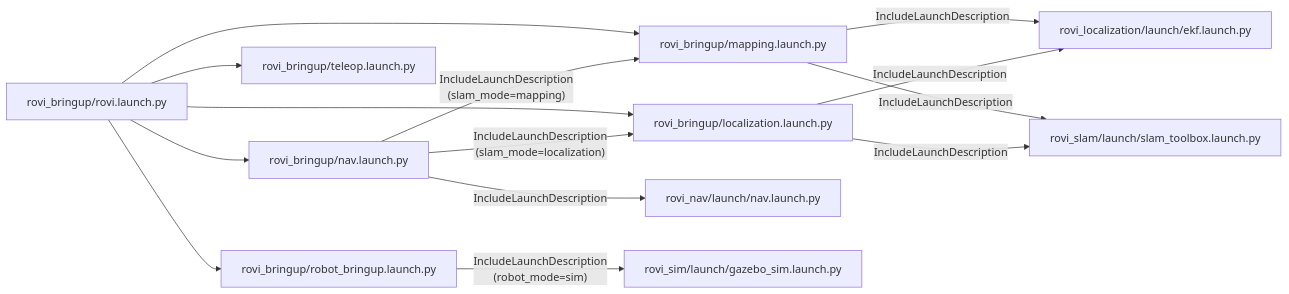
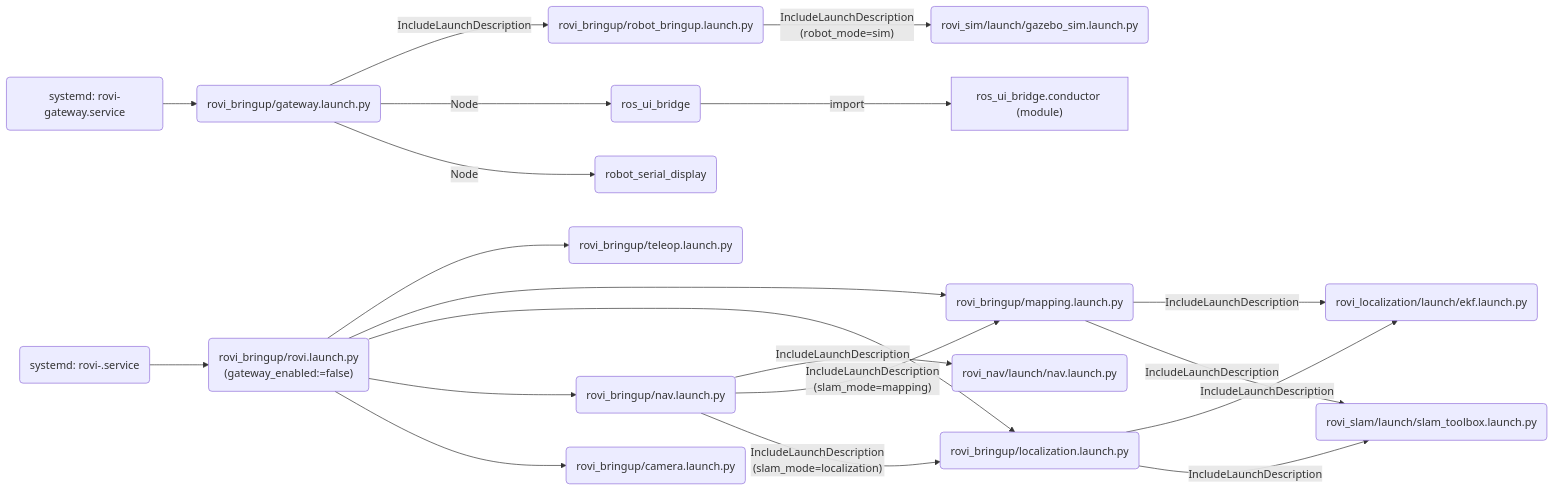
Diagram 12 of 13 in docs/diagrams.md (Roblibs/rovi_ros_ws), drawn with Mermaid before and after one commit. The commit also changed other lines of this file and 23 other files, not shown here.

````diff
--- a/docs/diagrams.md
+++ b/docs/diagrams.md
@@ -415,27 +419,43 @@
 ```mermaid
 flowchart LR
-  Rovi["rovi_bringup/rovi.launch.py"]
-  RobotBringup["rovi_bringup/robot_bringup.launch.py"]
+  UnitCore("systemd: rovi-gateway.service")
+  UnitStack("systemd: rovi-<stack>.service")
 
-  Rovi --> RobotBringup
-  Rovi --> Teleop["rovi_bringup/teleop.launch.py"]
-  Rovi --> Mapping["rovi_bringup/mapping.launch.py"]
-  Rovi --> Localization["rovi_bringup/localization.launch.py"]
-  Rovi --> NavLaunch["rovi_bringup/nav.launch.py"]
+  CoreLaunch("rovi_bringup/gateway.launch.py")
+  StackLaunch("rovi_bringup/rovi.launch.py<br/>(gateway_enabled:=false)")
+  RobotBringup("rovi_bringup/robot_bringup.launch.py")
 
-  EkfLaunch["rovi_localization/launch/ekf.launch.py"]
-  SlamLaunch["rovi_slam/launch/slam_toolbox.launch.py"]
-  NavStackLaunch["rovi_nav/launch/nav.launch.py"]
+  NodeUiBridge("ros_ui_bridge")
+  NodeDisplay("robot_serial_display")
+  LibConductor["ros_ui_bridge.conductor (module)"]
+
+  UnitCore --> CoreLaunch
+  UnitStack --> StackLaunch
+
+  CoreLaunch -->|IncludeLaunchDescription| RobotBringup
+  CoreLaunch -->|Node| NodeUiBridge
+  CoreLaunch -->|Node| NodeDisplay
+  NodeUiBridge -->|import| LibConductor
+
+  StackLaunch --> Teleop("rovi_bringup/teleop.launch.py")
+  StackLaunch --> Mapping("rovi_bringup/mapping.launch.py")
+  StackLaunch --> Localization("rovi_bringup/localization.launch.py")
+  StackLaunch --> NavLaunch("rovi_bringup/nav.launch.py")
+  StackLaunch --> Camera("rovi_bringup/camera.launch.py")
+
+  EkfLaunch("rovi_localization/launch/ekf.launch.py")
+  SlamLaunch("rovi_slam/launch/slam_toolbox.launch.py")
+  NavStackLaunch("rovi_nav/launch/nav.launch.py")
 
   Mapping -->|IncludeLaunchDescription| EkfLaunch
   Mapping -->|IncludeLaunchDescription| SlamLaunch
 
   Localization -->|IncludeLaunchDescription| EkfLaunch
   Localization -->|IncludeLaunchDescription| SlamLaunch
 
   NavLaunch -->|IncludeLaunchDescription| NavStackLaunch
   NavLaunch -->|"IncludeLaunchDescription<br/>(slam_mode=mapping)"| Mapping
   NavLaunch -->|"IncludeLaunchDescription<br/>(slam_mode=localization)"| Localization
 
-  RobotBringup -->|"IncludeLaunchDescription<br/>(robot_mode=sim)"| GazeboSim["rovi_sim/launch/gazebo_sim.launch.py"]
+  RobotBringup -->|"IncludeLaunchDescription<br/>(robot_mode=sim)"| GazeboSim("rovi_sim/launch/gazebo_sim.launch.py")
 ```
````
